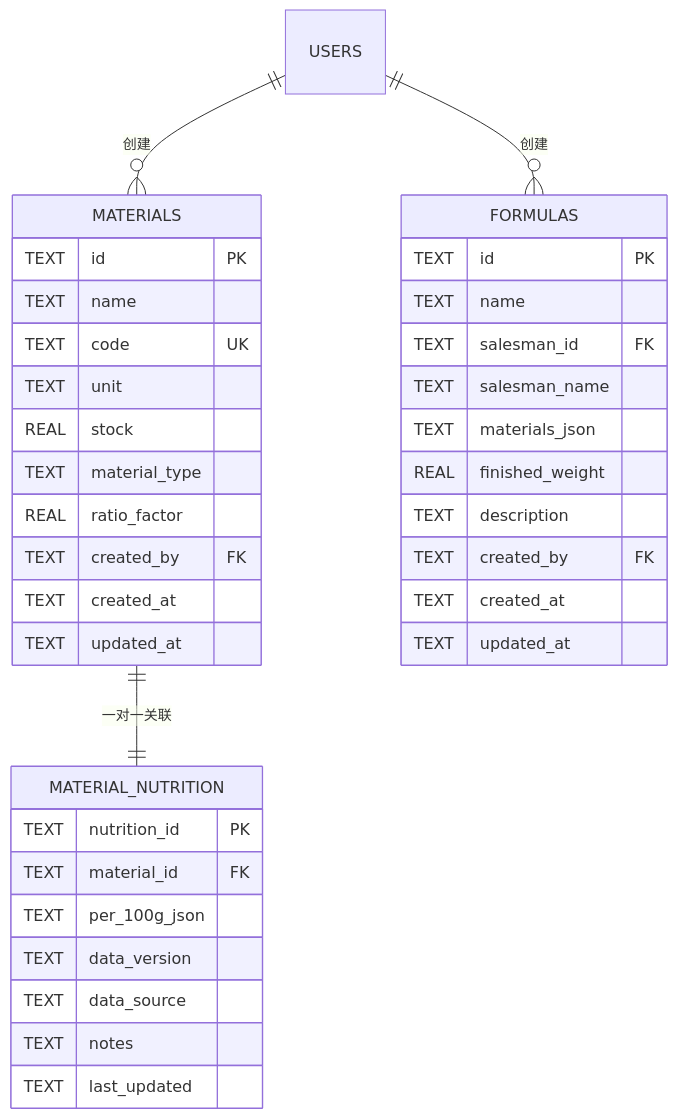
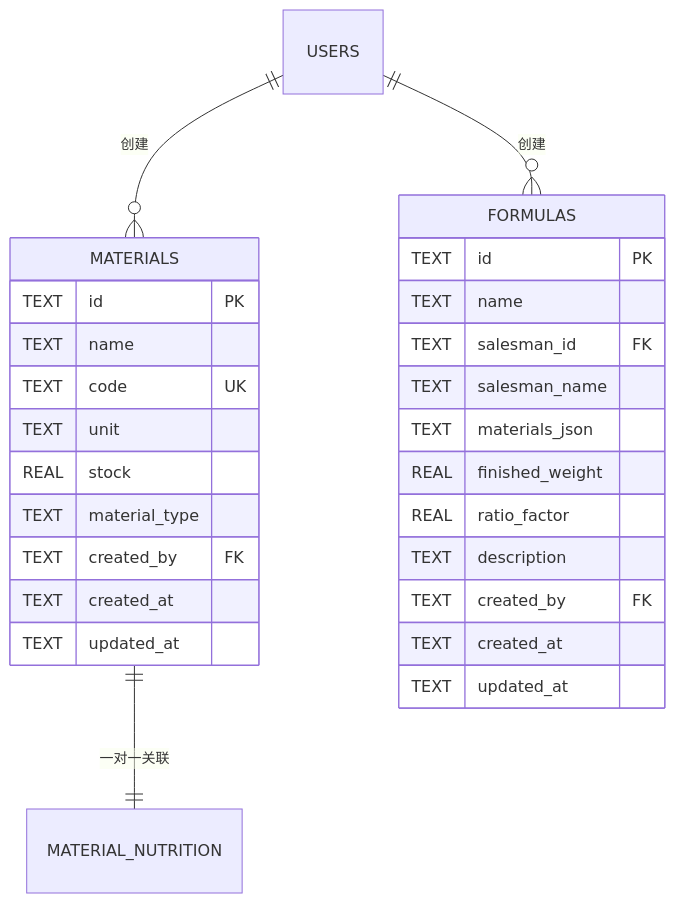
One commit to xpretycn/TingStudio changed the second of 9 diagrams in .qoder/repowiki/zh/content/核心功能模块/原料管理系统.md. Above: the diagram before and after it, drawn with Mermaid. The commit also changed other lines of this file and 26 other files, not shown here.

First line of the commit message:
docs(api): 更新文档支持移除和新增 ratioFactor 参数

````diff
--- a/.qoder/repowiki/zh/content/核心功能模块/原料管理系统.md
+++ b/.qoder/repowiki/zh/content/核心功能模块/原料管理系统.md
@@ -93,39 +107,30 @@
 ```mermaid
 erDiagram
 MATERIALS {
 TEXT id PK
 TEXT name
 TEXT code UK
 TEXT unit
 REAL stock
 TEXT material_type
-REAL ratio_factor
 TEXT created_by FK
 TEXT created_at
 TEXT updated_at
-}
-MATERIAL_NUTRITION {
-TEXT nutrition_id PK
-TEXT material_id FK
-TEXT per_100g_json
-TEXT data_version
-TEXT data_source
-TEXT notes
-TEXT last_updated
 }
 FORMULAS {
 TEXT id PK
 TEXT name
 TEXT salesman_id FK
 TEXT salesman_name
 TEXT materials_json
 REAL finished_weight
+REAL ratio_factor
 TEXT description
 TEXT created_by FK
 TEXT created_at
 TEXT updated_at
 }
 MATERIALS ||--|| MATERIAL_NUTRITION : "一对一关联"
 USERS ||--o{ MATERIALS : "创建"
 USERS ||--o{ FORMULAS : "创建"
 ```
````
